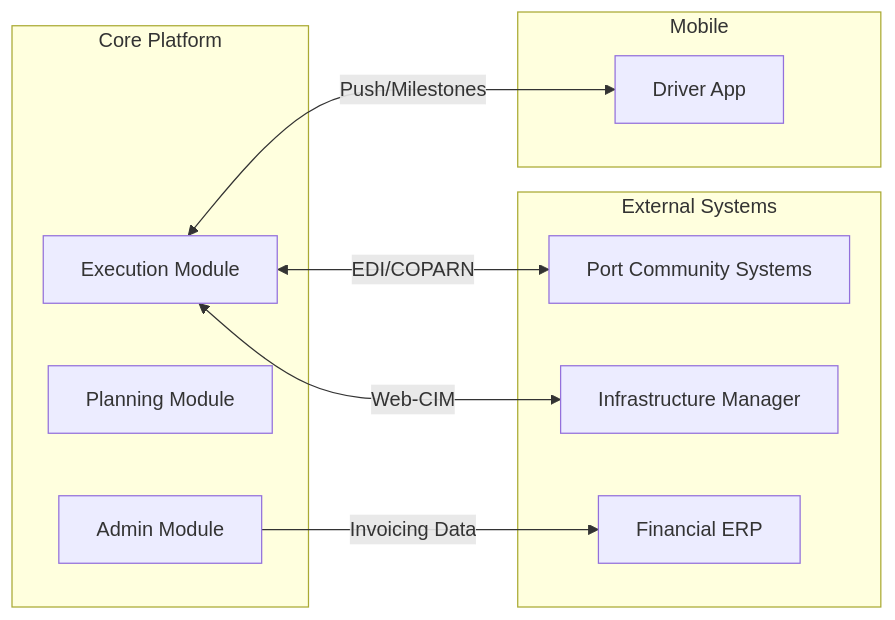
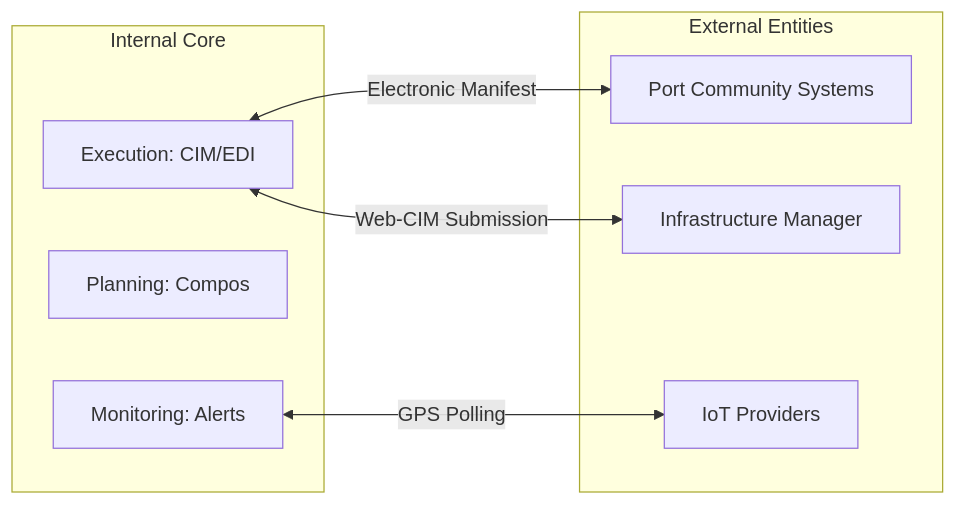
Before and after one commit to wavecentric/docs: the third of 3 diagrams in magemo/connectivity.mdx, drawn with Mermaid. The commit also changed other lines of this file and 12 other files, not shown here.

````diff
--- a/magemo/connectivity.mdx
+++ b/magemo/connectivity.mdx
@@ -48,23 +54,18 @@
 ```mermaid
 graph LR
-    subgraph "External Systems"
+    subgraph "External Entities"
         PCS[Port Community Systems]
         IM[Infrastructure Manager]
-        ERP[Financial ERP]
+        GPS[IoT Providers]
     end
     
-    subgraph "Core Platform"
-        EXEC[Execution Module]
-        PLAN[Planning Module]
-        ADM[Admin Module]
-    end
-    
-    subgraph "Mobile"
-        APP[Driver App]
+    subgraph "Internal Core"
+        EXEC[Execution: CIM/EDI]
+        PLAN[Planning: Compos]
+        MON[Monitoring: Alerts]
     end
 
-    EXEC <-->|EDI/COPARN| PCS
-    EXEC <-->|Web-CIM| IM
-    ADM -->|Invoicing Data| ERP
-    EXEC <-->|Push/Milestones| APP
+    EXEC <-->|Electronic Manifest| PCS
+    EXEC <-->|Web-CIM Submission| IM
+    MON <-->|GPS Polling| GPS
 ```
````
